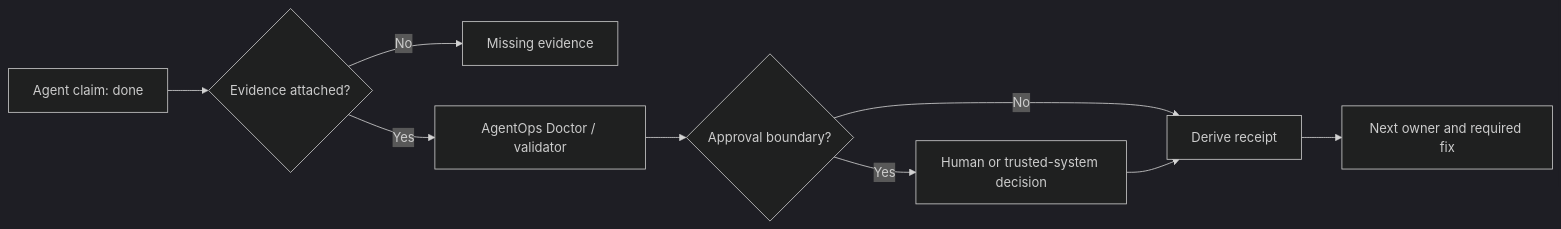
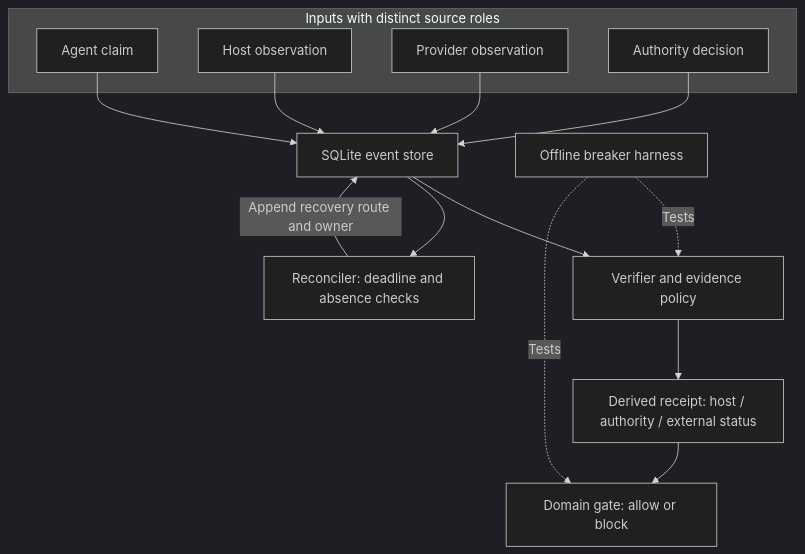
Before and after one commit to aDragon0707/sacp: the diagram in README.md, drawn with Mermaid (dark theme). The commit also changed other lines of this file and 3 other files, not shown here.

Commit message:
docs: clarify README architecture and guide existing examples (#17)

````diff
--- a/README.md
+++ b/README.md
@@ -31,11 +61,20 @@
 ```mermaid
-flowchart LR
-    A[Agent claim: done] --> B{Evidence attached?}
-    B -- No --> C[Missing evidence]
-    B -- Yes --> D[AgentOps Doctor / validator]
-    D --> E{Approval boundary?}
-    E -- Yes --> F[Human or trusted-system decision]
-    E -- No --> G[Derive receipt]
-    F --> G
-    G --> H[Next owner and required fix]
+flowchart TB
+    subgraph Inputs[Inputs with distinct source roles]
+        C[Agent claim]
+        H[Host observation]
+        P[Provider observation]
+        A[Authority decision]
+    end
+    C --> S[SQLite event store]
+    H --> S
+    P --> S
+    A --> S
+    S --> V[Verifier and evidence policy]
+    V --> R[Derived receipt: host / authority / external status]
+    R --> G[Domain gate: allow or block]
+    S --> Q[Reconciler: deadline and absence checks]
+    Q -->|Append recovery route and owner| S
+    T[Offline breaker harness] -. Tests .-> V
+    T -. Tests .-> G
 ```
````
